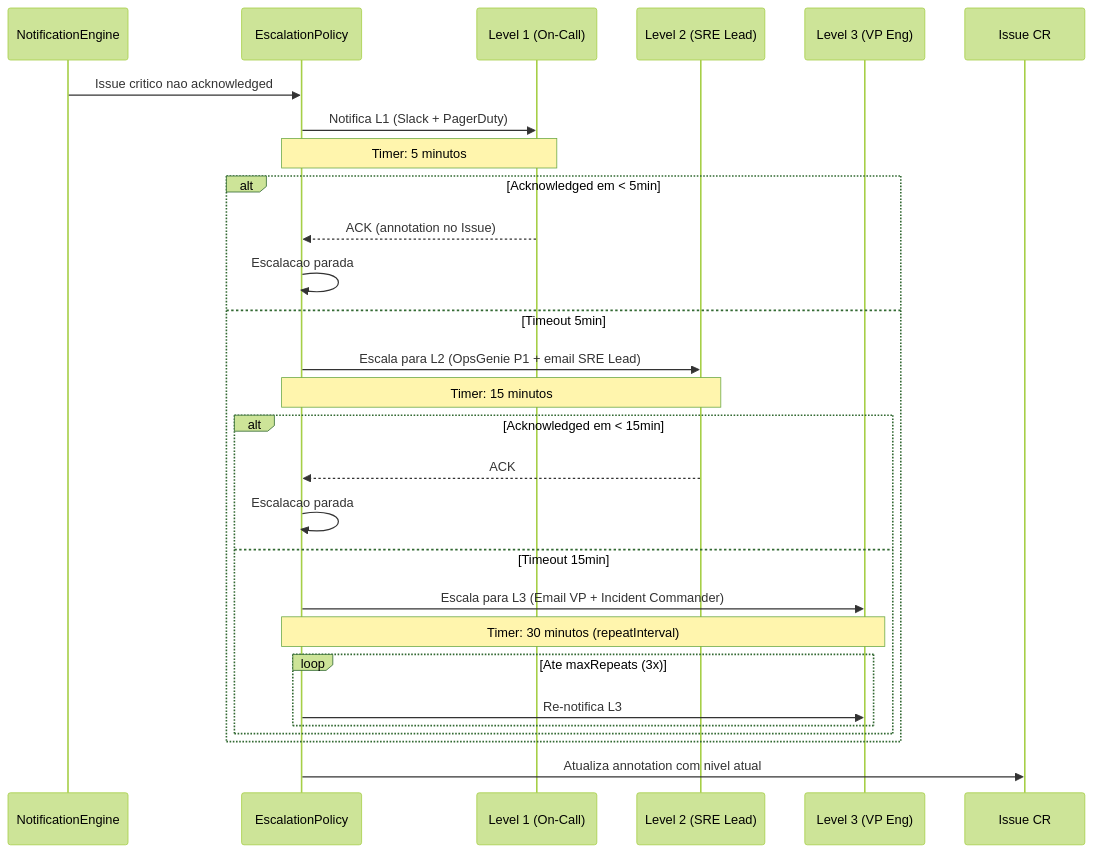
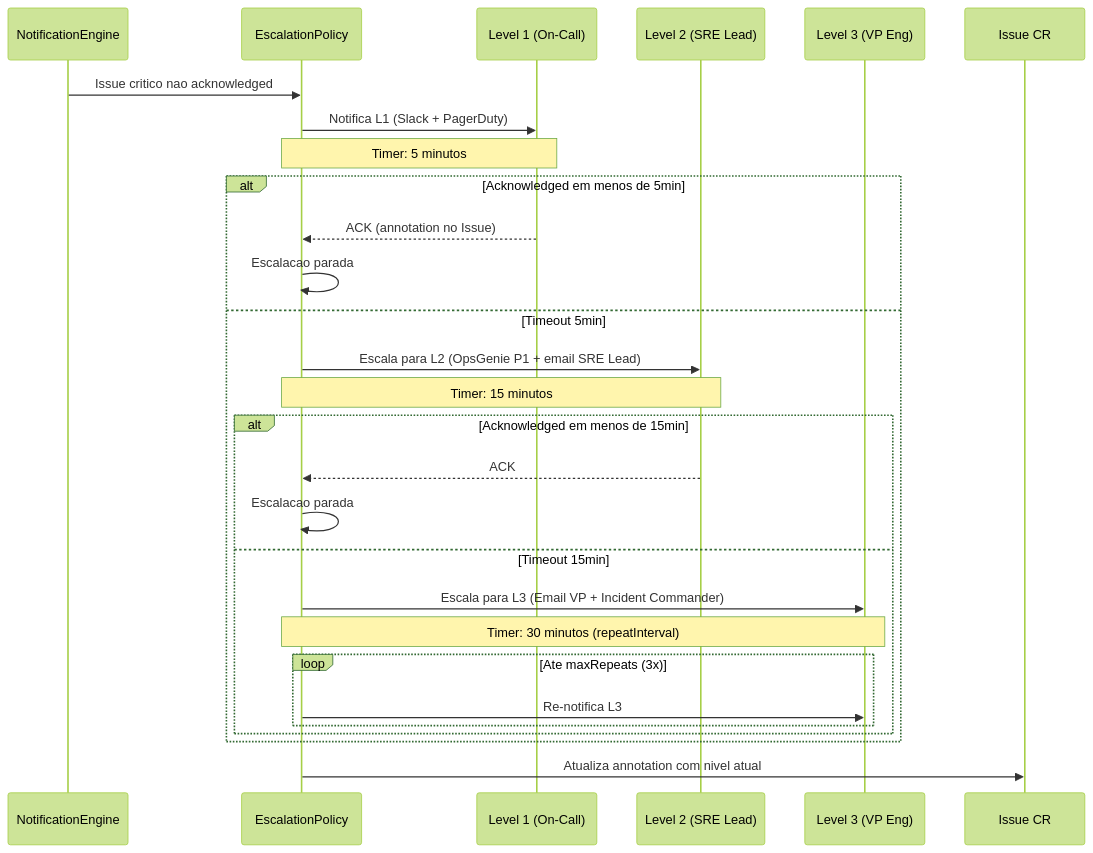
The second of 2 diagrams in features/aiops/notifications.mdx (diillson/chatcli.ai), drawn with Mermaid (forest theme) before and after one commit. The commit also changed other lines of this file and 7 other files, not shown here.

````diff
--- a/features/aiops/notifications.mdx
+++ b/features/aiops/notifications.mdx
@@ -635,35 +635,35 @@
 ```mermaid
 sequenceDiagram
     participant NE as NotificationEngine
     participant EP as EscalationPolicy
     participant L1 as Level 1 (On-Call)
     participant L2 as Level 2 (SRE Lead)
     participant L3 as Level 3 (VP Eng)
     participant ISS as Issue CR
 
     NE->>EP: Issue critico nao acknowledged
     EP->>L1: Notifica L1 (Slack + PagerDuty)
     Note over EP,L1: Timer: 5 minutos
 
-    alt Acknowledged em < 5min
+    alt Acknowledged em menos de 5min
         L1-->>EP: ACK (annotation no Issue)
         EP->>EP: Escalacao parada
     else Timeout 5min
         EP->>L2: Escala para L2 (OpsGenie P1 + email SRE Lead)
         Note over EP,L2: Timer: 15 minutos
 
-        alt Acknowledged em < 15min
+        alt Acknowledged em menos de 15min
             L2-->>EP: ACK
             EP->>EP: Escalacao parada
         else Timeout 15min
             EP->>L3: Escala para L3 (Email VP + Incident Commander)
             Note over EP,L3: Timer: 30 minutos (repeatInterval)
 
             loop Ate maxRepeats (3x)
                 EP->>L3: Re-notifica L3
             end
         end
     end
 
     EP->>ISS: Atualiza annotation com nivel atual
 ```
````
